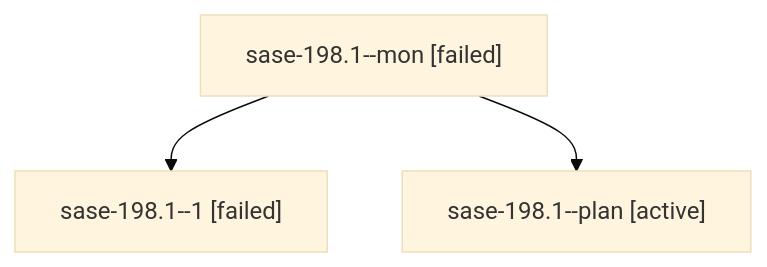
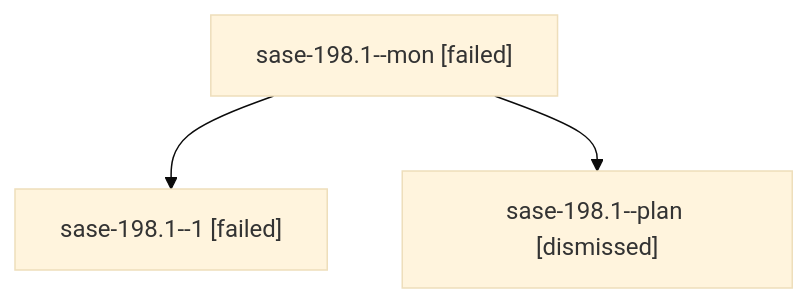
The diagram in sessions/bbugyi200.apollo.sase-198.1.md (sase-org/sase--agents), drawn with Mermaid (base theme) before and after one commit. The commit also changed other lines of this file and 259 other files, not shown here.

````diff
--- a/sessions/bbugyi200.apollo.sase-198.1.md
+++ b/sessions/bbugyi200.apollo.sase-198.1.md
@@ -9,8 +9,8 @@
 ```mermaid
 flowchart TD
   n0["sase-198.1--mon [failed]"]
   n1["sase-198.1--1 [failed]"]
   n0 --> n1
-  n2["sase-198.1--plan [active]"]
+  n2["sase-198.1--plan [dismissed]"]
   n0 --> n2
 ```
````
